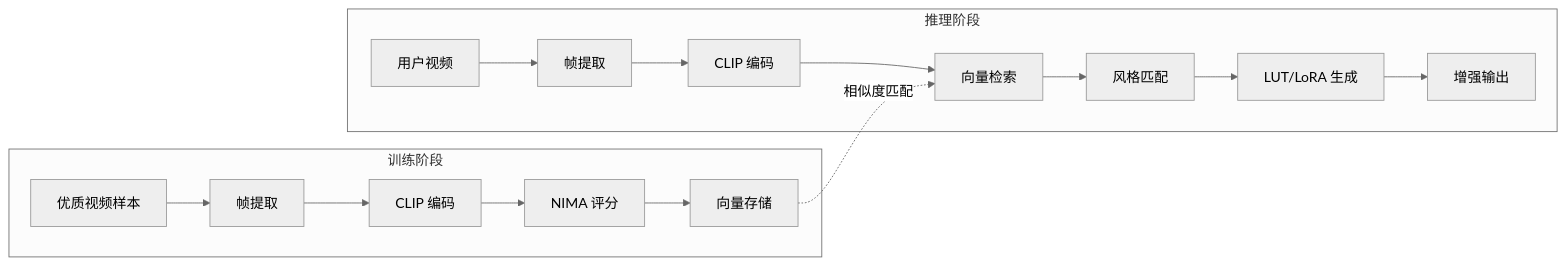
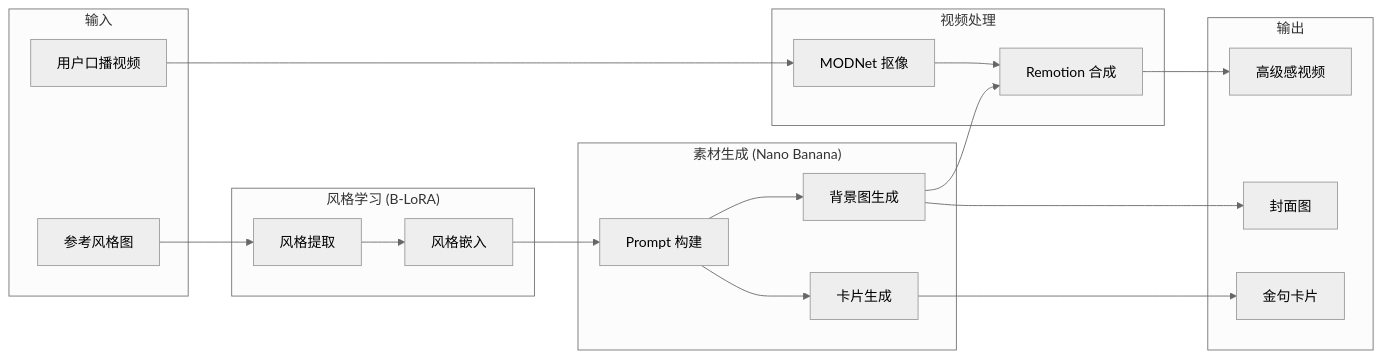
The second of 3 diagrams in docs/ARCHITECTURE.md (w932635477-bit/VidLuxe-), drawn with Mermaid (neutral theme) before and after one commit. The commit also changed other lines of this file and 14 other files, not shown here.

````diff
--- a/docs/ARCHITECTURE.md
+++ b/docs/ARCHITECTURE.md
@@ -208,20 +293,41 @@
 ```mermaid
 flowchart LR
-    subgraph "训练阶段"
-        A1[优质视频样本] --> B1[帧提取]
-        B1 --> C1[CLIP 编码]
-        C1 --> D1[NIMA 评分]
-        D1 --> E1[向量存储]
+    subgraph "输入"
+        A1[用户口播视频]
+        A2[参考风格图]
     end
 
-    subgraph "推理阶段"
-        A2[用户视频] --> B2[帧提取]
-        B2 --> C2[CLIP 编码]
-        C2 --> D2[向量检索]
-        D2 --> E2[风格匹配]
-        E2 --> F2[LUT/LoRA 生成]
-        F2 --> G2[增强输出]
+    subgraph "风格学习 (B-LoRA)"
+        B1[风格提取]
+        B2[风格嵌入]
     end
 
-    E1 -.->|相似度匹配| D2
+    subgraph "素材生成 (Nano Banana)"
+        C1[Prompt 构建]
+        C2[背景图生成]
+        C3[卡片生成]
+    end
+
+    subgraph "视频处理"
+        D1[MODNet 抠像]
+        D2[Remotion 合成]
+    end
+
+    subgraph "输出"
+        E1[高级感视频]
+        E2[封面图]
+        E3[金句卡片]
+    end
+
+    A2 --> B1
+    B1 --> B2
+    B2 --> C1
+    A1 --> D1
+    C1 --> C2
+    C1 --> C3
+    C2 --> D2
+    D1 --> D2
+    D2 --> E1
+    C2 --> E2
+    C3 --> E3
 ```
````
